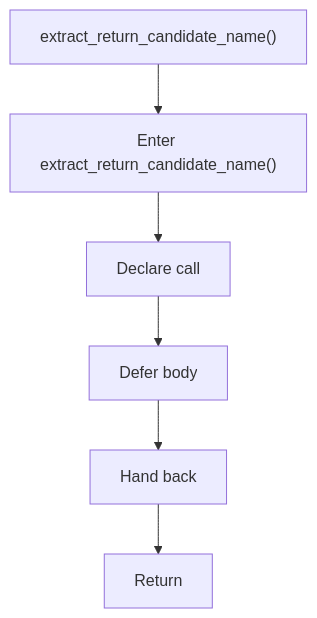
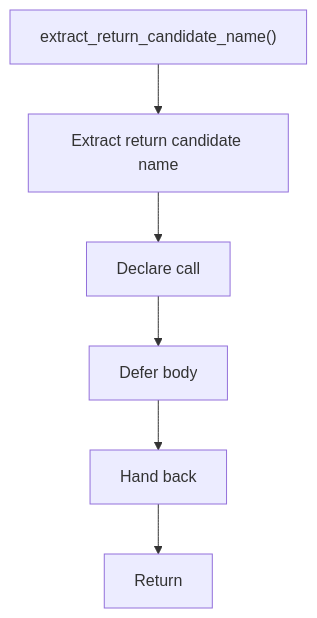
The diagram in docs/Codebase/Microservice/Modules/Header/SyntacticBrokenAST/Analysis/ImplementationUse/Resolution/Symbols/Internal/Flow/functions/extract_return_candidate_name.hpp.md (JohnAndrewBalbarosa/NeoTerritory), drawn with Mermaid before and after one commit. The commit also changed other lines of this file and 915 other files, not shown here.

````diff
--- a/docs/Codebase/Microservice/Modules/Header/SyntacticBrokenAST/Analysis/ImplementationUse/Resolution/Symbols/Internal/Flow/functions/extract_return_candidate_name.hpp.md
+++ b/docs/Codebase/Microservice/Modules/Header/SyntacticBrokenAST/Analysis/ImplementationUse/Resolution/Symbols/Internal/Flow/functions/extract_return_candidate_name.hpp.md
@@ -16,14 +16,14 @@
 ```mermaid
 flowchart TD
     Start["extract_return_candidate_name()"]
-    N0["Enter extract_return_candidate_name()"]
+    N0["Extract return candidate name"]
     N1["Declare call"]
     N2["Defer body"]
     N3["Hand back"]
     End["Return"]
     Start --> N0
     N0 --> N1
     N1 --> N2
     N2 --> N3
     N3 --> End
 ```
````
